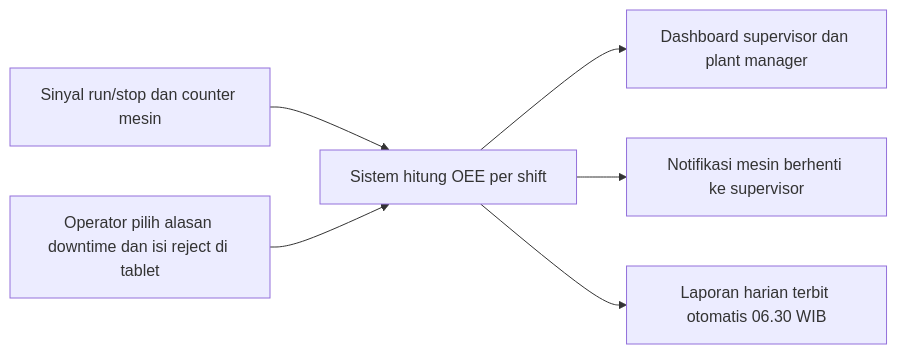
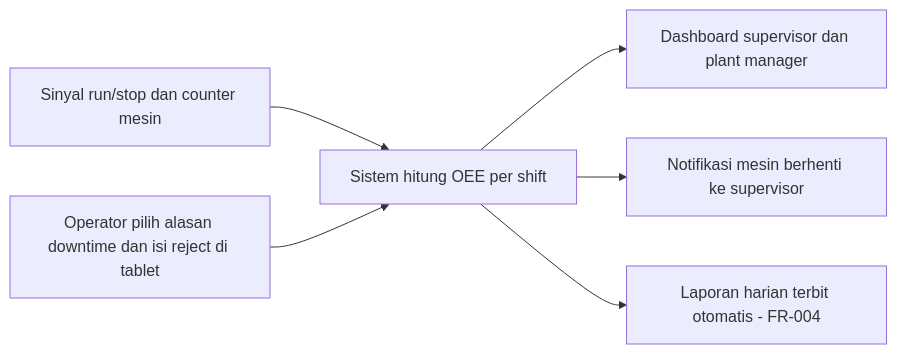
Before and after one commit to alisadikinma/gaspol-brdwriter: the second of 2 diagrams in references/examples/bad-brd.md, drawn with Mermaid. The commit also changed other lines of this file and 7 other files, not shown here.

````diff
--- a/references/examples/bad-brd.md
+++ b/references/examples/bad-brd.md
@@ -99,8 +99,8 @@
 ```mermaid
 flowchart LR
   A[Sinyal run/stop dan counter mesin] --> B[Sistem hitung OEE per shift]
   O[Operator pilih alasan downtime dan isi reject di tablet] --> B
   B --> C[Dashboard supervisor dan plant manager]
   B --> N[Notifikasi mesin berhenti ke supervisor]
-  B --> R[Laporan harian terbit otomatis 06.30 WIB]
+  B --> R[Laporan harian terbit otomatis - FR-004]
 ```
````
